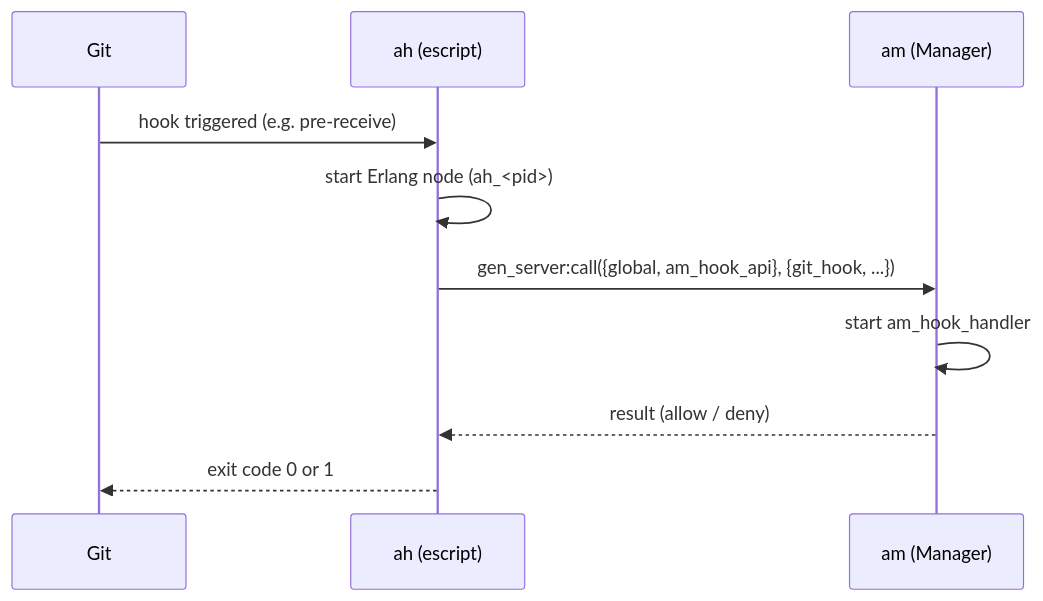
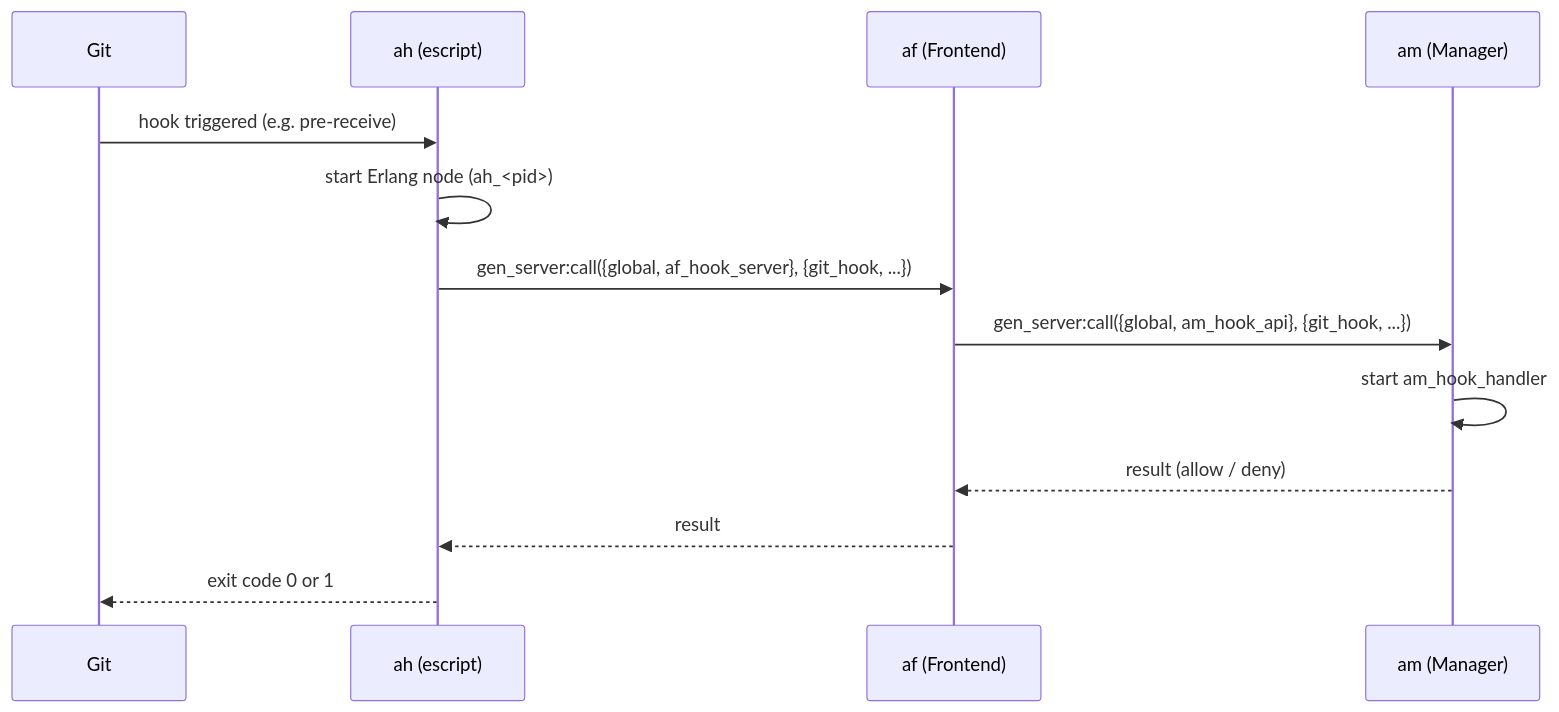
One commit to Applikant/Applikant.github.io changed the diagram in docs/components/ah.md. Above: the diagram before and after it, drawn with Mermaid. The commit also changed other lines of this file and 6 other files, not shown here.

Commit message:
align architecture with code (ah via af), add evolving-design notice

````diff
--- a/docs/components/ah.md
+++ b/docs/components/ah.md
@@ -7,13 +7,16 @@
 ```mermaid
 sequenceDiagram
     participant Git
     participant ah as ah (escript)
+    participant af as af (Frontend)
     participant am as am (Manager)
 
     Git->>ah: hook triggered (e.g. pre-receive)
     ah->>ah: start Erlang node (ah_<pid>)
-    ah->>am: gen_server:call({global, am_hook_api}, {git_hook, ...})
+    ah->>af: gen_server:call({global, af_hook_server}, {git_hook, ...})
+    af->>am: gen_server:call({global, am_hook_api}, {git_hook, ...})
     am->>am: start am_hook_handler
-    am-->>ah: result (allow / deny)
+    am-->>af: result (allow / deny)
+    af-->>ah: result
     ah-->>Git: exit code 0 or 1
 ```
````
